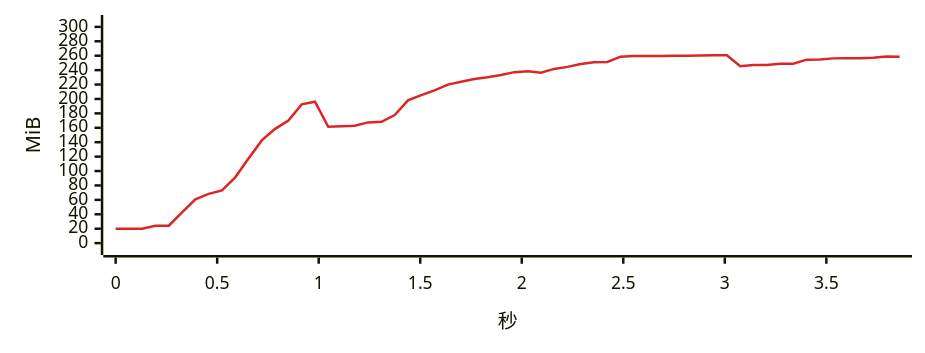
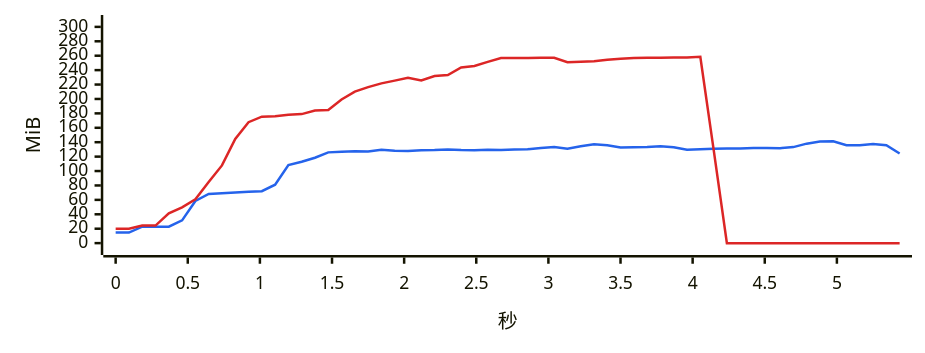
The seventh of 17 diagrams in bench/v4.1.0/summary.md (334456777/WeFlow), drawn with Mermaid before and after one commit. The commit also changed other lines of this file and 3 other files, not shown here.

````diff
--- a/bench/v4.1.0/summary.md
+++ b/bench/v4.1.0/summary.md
@@ -349,7 +353,8 @@
 ```mermaid
-%%{init: {"xyChart": {"width": 720, "height": 260}, "themeVariables": {"xyChart": {"plotColorPalette": "#dc2626"}}}}%%
+%%{init: {"xyChart": {"width": 720, "height": 260}, "themeVariables": {"xyChart": {"plotColorPalette": "#2563eb, #dc2626"}}}}%%
 xychart-beta
-    x-axis "秒" 0 --> 3.861
+    x-axis "秒" 0 --> 5.435
     y-axis "MiB" 0 --> 300
-    line [19.9, 19.9, 19.9, 24.1, 24.1, 42.7, 60.8, 68.3, 73.2, 91.3, 117.4, 142.5, 158.5, 170.2, 192.5, 196.2, 161.4, 162.0, 162.8, 167.5, 168.3, 177.7, 198.0, 205.4, 212.0, 219.9, 224.0, 227.6, 230.1, 233.2, 237.2, 238.6, 236.5, 241.7, 244.5, 248.5, 250.9, 251.4, 258.7, 259.5, 259.6, 259.7, 260.0, 260.0, 260.2, 260.5, 260.6, 245.5, 247.0, 247.2, 249.0, 248.9, 254.5, 254.9, 256.3, 256.4, 256.4, 257.1, 258.8, 258.7]
+    line [14.6, 14.6, 22.8, 22.8, 22.8, 31.6, 58.5, 68.2, 69.1, 70.1, 71.3, 72.1, 81.0, 108.3, 112.8, 118.5, 125.9, 126.9, 127.4, 127.0, 129.5, 128.0, 127.7, 129.0, 129.1, 129.9, 129.1, 129.0, 129.7, 129.1, 129.9, 130.2, 132.1, 133.2, 130.9, 134.3, 137.2, 135.9, 132.6, 133.0, 133.2, 134.5, 133.0, 129.6, 130.4, 130.9, 131.2, 131.3, 132.0, 132.0, 131.7, 133.2, 138.0, 141.0, 141.3, 135.7, 135.9, 137.5, 135.9, 124.3]
+    line [19.9, 19.9, 24.3, 24.3, 41.2, 49.6, 60.9, 84.9, 107.8, 144.5, 167.8, 175.4, 176.0, 178.1, 179.0, 183.9, 184.6, 199.2, 210.2, 216.4, 221.6, 225.4, 229.4, 225.6, 231.9, 233.1, 243.7, 245.8, 251.5, 256.8, 256.9, 256.9, 257.0, 257.0, 250.9, 251.7, 252.3, 254.3, 255.8, 256.7, 257.2, 257.3, 257.4, 257.5, 258.5, 130.1, 0.0, 0.0, 0.0, 0.0, 0.0, 0.0, 0.0, 0.0, 0.0, 0.0, 0.0, 0.0, 0.0, 0.0]
 ```
````
